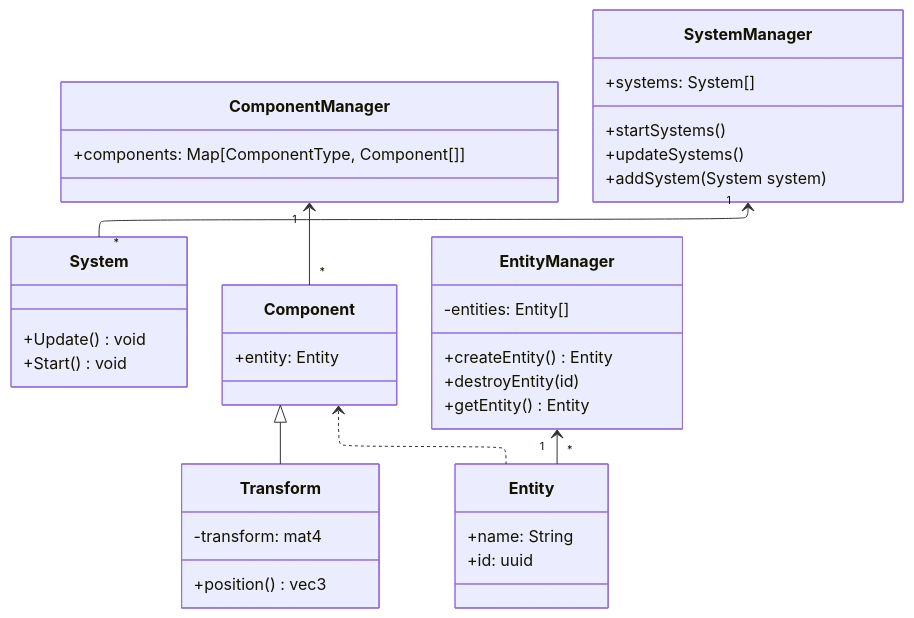
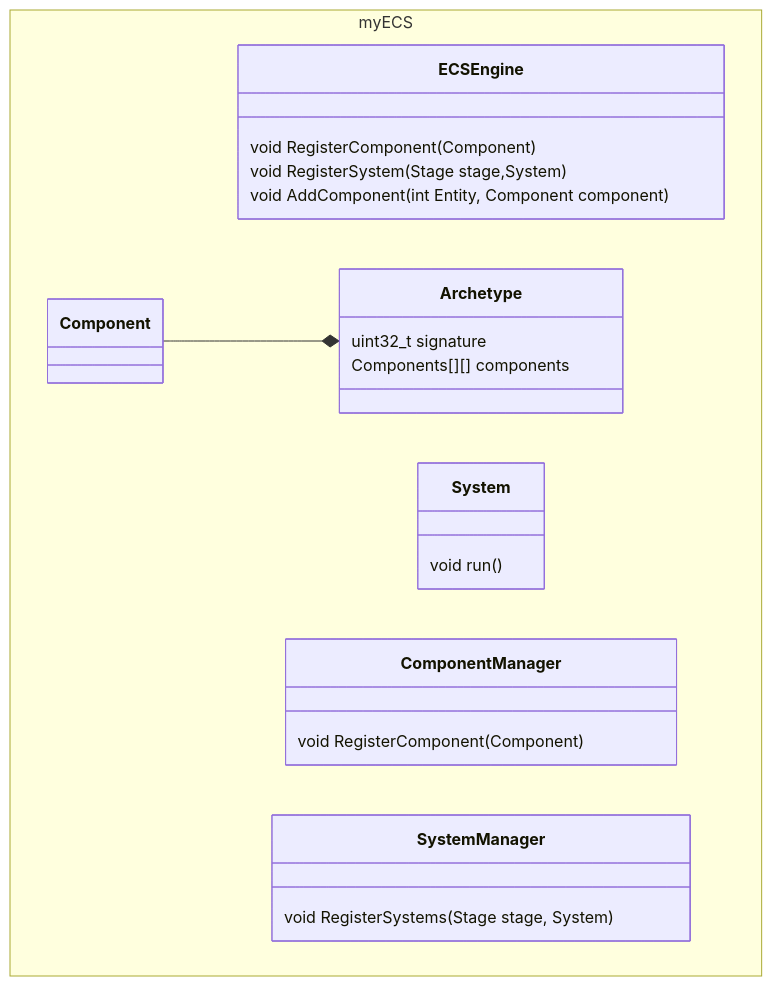
One commit to Kanton99/KEngine changed the diagram in docs/ECS class diagram.md. Above: the diagram before and after it, drawn with Mermaid.

Commit message:
update ECS class diagram

````diff
--- a/docs/ECS class diagram.md
+++ b/docs/ECS class diagram.md
@@ -1,45 +1,27 @@
 ```mermaid
----
-config:
-  theme: mc
-  look: classic
-  layout: elk
----
 classDiagram
-    class System {
-	    +Update() void
-	    +Start() void
-    }
-    class Transform {
-	    -transform: mat4
-	    +position() vec3
-    }
-    class ComponentManager {
-	    +components: Map[ComponentType, Component[]]
-    }
-    class SystemManager {
-	    +systems: System[]
-	    +startSystems()
-	    +updateSystems()
-        +addSystem(System system)
-    }
-    class Component {
-	    +entity: Entity
-    }
-    class Entity {
-	    +name: String
-	    +id: uuid
-    }
-    class EntityManager {
-	    -entities: Entity[]
-	    +createEntity() Entity
-        +destroyEntity(id)
-	    +getEntity() Entity
-    }
-
-    Component <|-- Transform
-    EntityManager "1" <-- "*" Entity
-    ComponentManager "1" <-- "*" Component
-    SystemManager "1" <-- "*" System
-    Component <.. Entity
+direction TB
+	namespace myECS {
+        class ECSEngine{
+            void RegisterComponent(Component)
+            void RegisterSystem(Stage stage,System)
+            void AddComponent(int Entity, Component component)
+        }
+        class System {
+            void run()
+        }
+        class Component {
+        }
+        class ComponentManager{
+            void RegisterComponent(Component)
+        }
+        class SystemManager{
+            void RegisterSystems(Stage stage, System)
+        }
+        class Archetype {
+	        uint32_t signature
+	        Components[][] components
+        }
+	}
+    Component --* Archetype
 ```
````
